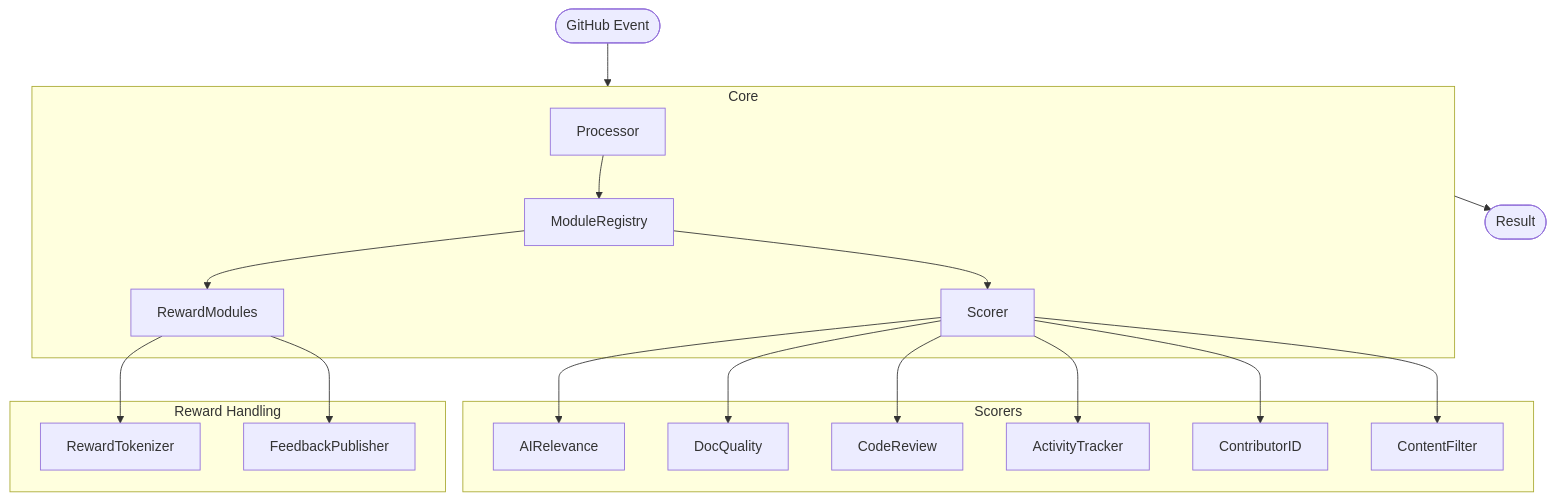
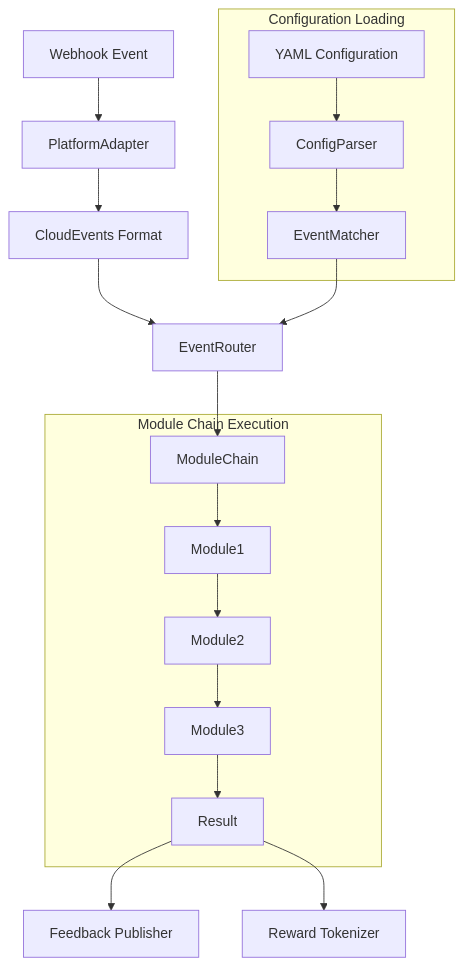
One commit to 0x4007/module-rewards changed the second of 2 diagrams in docs/battle-plan.md. Above: the diagram before and after it, drawn with Mermaid. The commit also changed other lines of this file and 6 other files, not shown here.

````diff
--- a/docs/battle-plan.md
+++ b/docs/battle-plan.md
@@ -199,26 +315,25 @@
 ```mermaid
 graph TD
-    Start([GitHub Event]) --> Core
+    Webhook[Webhook Event] --> PlatformAdapter
+    PlatformAdapter --> CloudEvent[CloudEvents Format]
 
-    subgraph Core
-        Processor --> ModuleRegistry
-        ModuleRegistry --> Scorer
-        ModuleRegistry --> RewardModules
+    subgraph "Configuration Loading"
+        YAMLConfig[YAML Configuration] --> ConfigParser
+        ConfigParser --> EventMatcher
     end
 
-    subgraph Scorers
-        Scorer --> AIRelevance
-        Scorer --> DocQuality
-        Scorer --> CodeReview
-        Scorer --> ActivityTracker
-        Scorer --> ContributorID
-        Scorer --> ContentFilter
+    CloudEvent --> EventRouter
+    EventMatcher --> EventRouter
+
+    EventRouter --> ModuleChain
+
+    subgraph "Module Chain Execution"
+        ModuleChain --> Module1
+        Module1 --> Module2
+        Module2 --> Module3
+        Module3 --> Result
     end
 
-    subgraph "Reward Handling"
-        RewardModules --> RewardTokenizer
-        RewardModules --> FeedbackPublisher
-    end
-
-    Core --> End([Result])
+    Result --> Feedback[Feedback Publisher]
+    Result --> Rewards[Reward Tokenizer]
 ```
````
